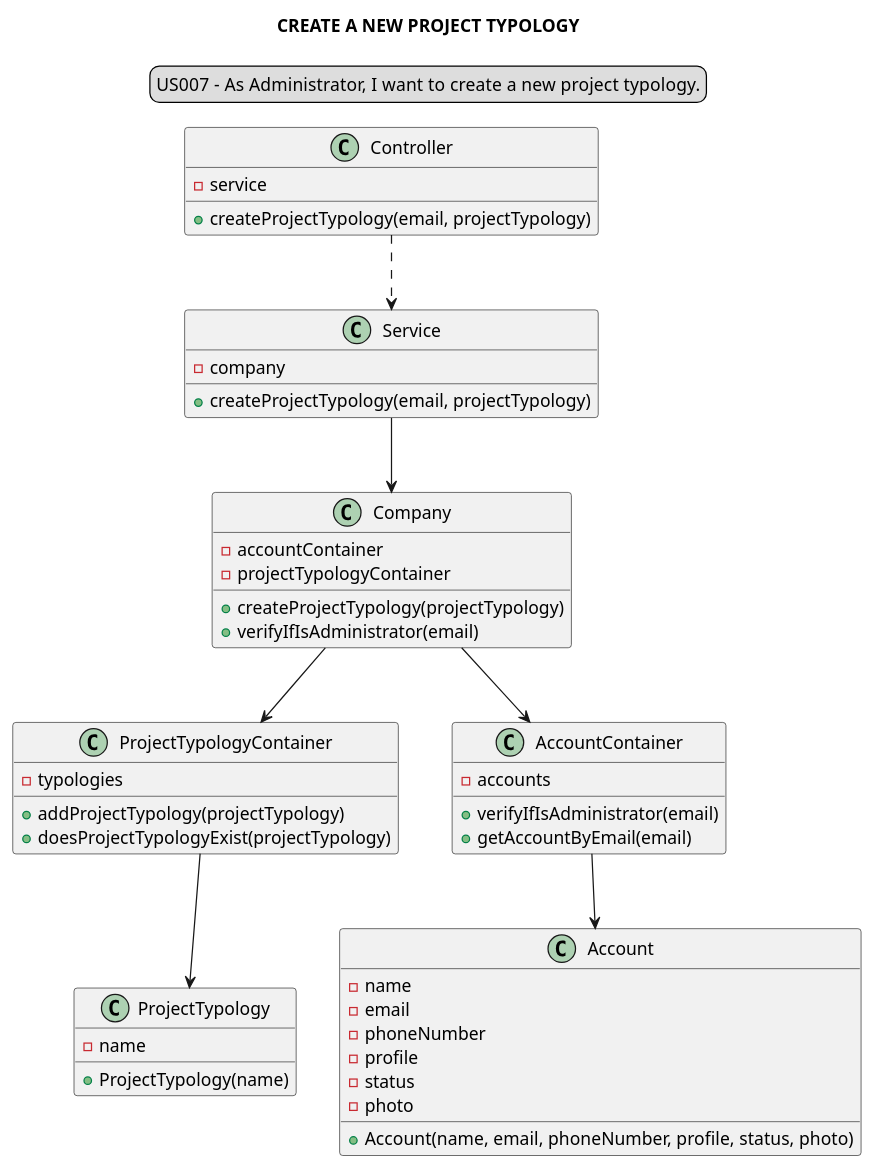
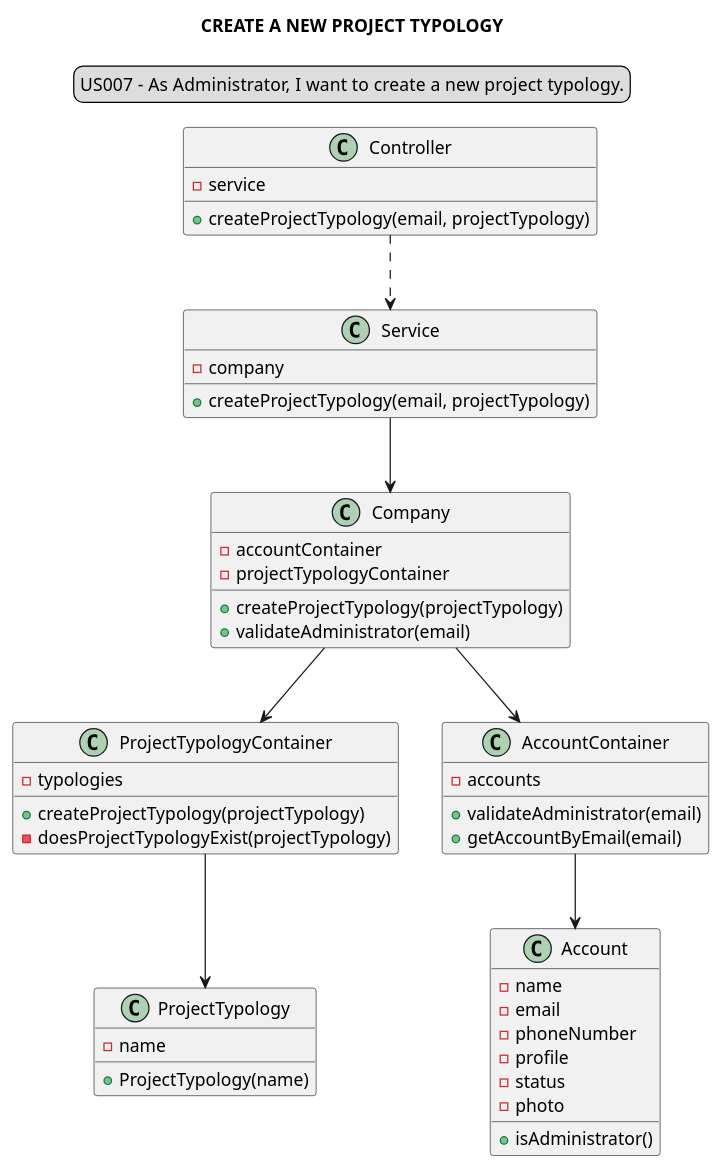
Before and after one commit to Loracline/project_switch_22-23: the diagram in docs/modelling_design/user_stories/us007/US007_classDiagram.puml, drawn with PlantUML. The commit also changed 9 other files, not shown here.

Commit message:
US 007 : Design : Refinement of class diagram and sequence diagram

```diff
--- a/docs/modelling_design/user_stories/us007/US007_classDiagram.puml
+++ b/docs/modelling_design/user_stories/us007/US007_classDiagram.puml
@@ -1,54 +1,54 @@
 @startuml
 
 legend top
 US007 -  As Administrator, I want to create a new project typology.
 end legend
 skinparam sequenceMessageAlign center
 title CREATE A NEW PROJECT TYPOLOGY
 
 "Controller" ..> "Service"
 "Service" --> "Company"
 "Company" --> "ProjectTypologyContainer"
 "Company" --> "AccountContainer"
 "ProjectTypologyContainer" --> "ProjectTypology"
 "AccountContainer" --> "Account"
 
 class "Controller" {
 -service
 +createProjectTypology(email, projectTypology)
 }
 class "Service" {
 -company
 +createProjectTypology(email, projectTypology)
 }
 class "Company" {
 -accountContainer
 -projectTypologyContainer
 +createProjectTypology(projectTypology)
-+verifyIfIsAdministrator(email)
++validateAdministrator(email)
 }
 class "ProjectTypologyContainer"{
 -typologies
-+addProjectTypology(projectTypology)
-+doesProjectTypologyExist(projectTypology)
++createProjectTypology(projectTypology)
+-doesProjectTypologyExist(projectTypology)
 }
 class "AccountContainer"{
 -accounts
-+verifyIfIsAdministrator(email)
++validateAdministrator(email)
 +getAccountByEmail(email)
 }
 class "ProjectTypology"{
 -name
 +ProjectTypology(name)
 }
 
 class "Account"{
 -name
 -email
 -phoneNumber
 -profile
 -status
 -photo
-+Account(name, email, phoneNumber, profile, status, photo)
++isAdministrator()
 }
 @enduml
```
